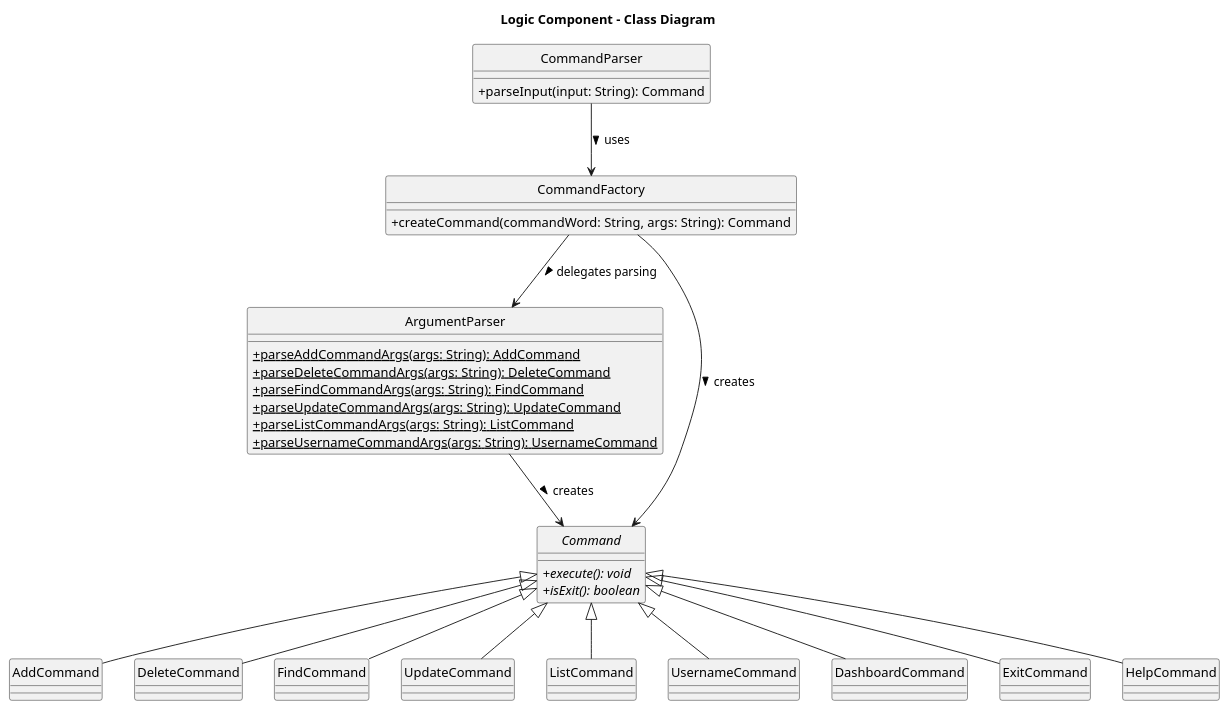
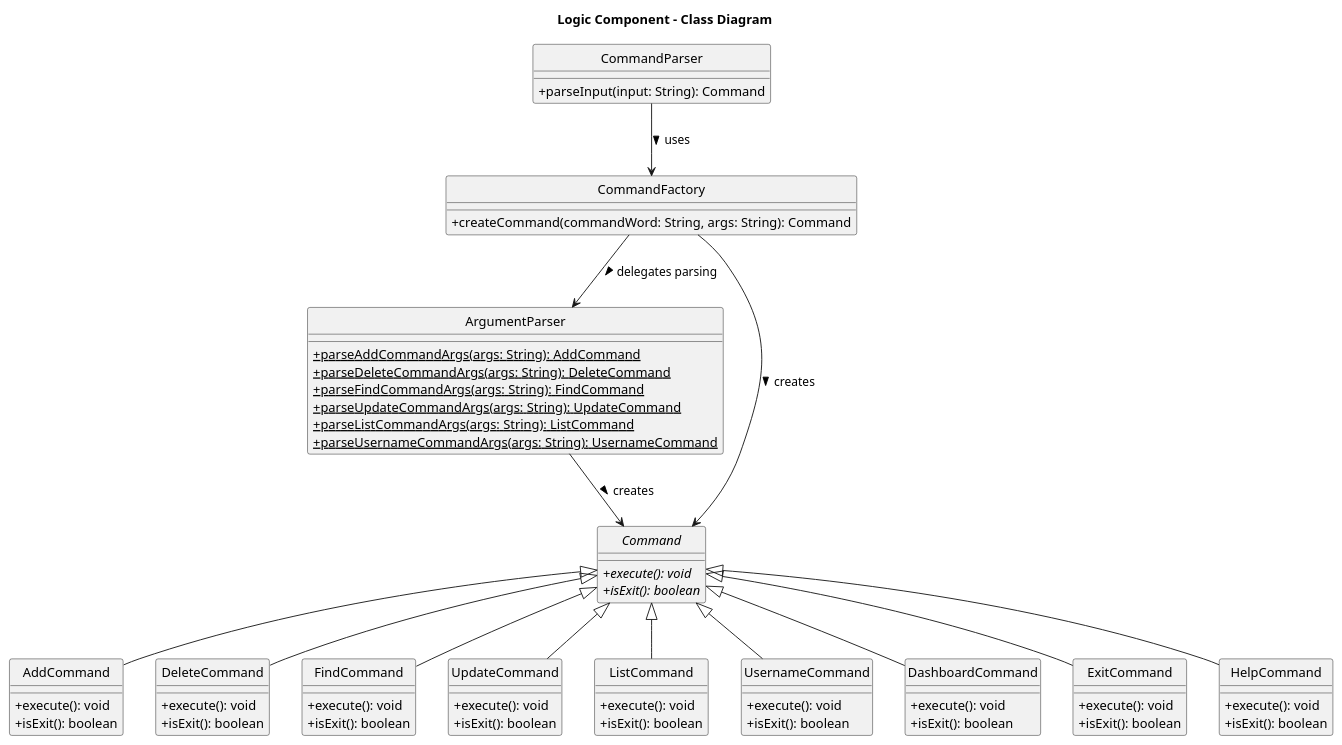
The diagram in docs/diagrams/LogicComponentCD.puml (AY2526S1-CS2113-W14-4/tp), drawn with PlantUML before and after one commit. The commit also changed 1 other file, not shown here.

Commit message:
Fix more UML diagrams

```diff
--- a/docs/diagrams/LogicComponentCD.puml
+++ b/docs/diagrams/LogicComponentCD.puml
@@ -1,52 +1,87 @@
 @startuml
 hide circle
 skinparam classAttributeIconSize 0
 title Logic Component - Class Diagram
 
 class CommandParser {
     + parseInput(input: String): Command
 }
 
 class CommandFactory {
     + createCommand(commandWord: String, args: String): Command
 }
 
 class ArgumentParser {
     + {static} parseAddCommandArgs(args: String): AddCommand
     + {static} parseDeleteCommandArgs(args: String): DeleteCommand
     + {static} parseFindCommandArgs(args: String): FindCommand
     + {static} parseUpdateCommandArgs(args: String): UpdateCommand
     + {static} parseListCommandArgs(args: String): ListCommand
     + {static} parseUsernameCommandArgs(args: String): UsernameCommand
 }
 
 abstract class Command {
     + {abstract} execute(): void
     + {abstract} isExit(): boolean
 }
 
-class AddCommand
+class AddCommand {
+    + execute(): void
+    + isExit(): boolean
+}
 class DeleteCommand
+{
+    + execute(): void
+    + isExit(): boolean
+}
 class FindCommand
+{
+    + execute(): void
+    + isExit(): boolean
+}
 class UpdateCommand
+{
+    + execute(): void
+    + isExit(): boolean
+}
 class ListCommand
+{
+    + execute(): void
+    + isExit(): boolean
+}
 class UsernameCommand
+{
+    + execute(): void
+    + isExit(): boolean
+}
 class DashboardCommand
+{
+    + execute(): void
+    + isExit(): boolean
+}
 class ExitCommand
+{
+    + execute(): void
+    + isExit(): boolean
+}
 class HelpCommand
+{
+    + execute(): void
+    + isExit(): boolean
+}
 
 CommandParser --> CommandFactory : uses >
 CommandFactory --> ArgumentParser : delegates parsing >
 CommandFactory --> Command : creates >
 ArgumentParser --> Command : creates >
 Command <|-- AddCommand
 Command <|-- DeleteCommand
 Command <|-- FindCommand
 Command <|-- UpdateCommand
 Command <|-- ListCommand
 Command <|-- UsernameCommand
 Command <|-- DashboardCommand
 Command <|-- HelpCommand
 Command <|-- ExitCommand
 
 @enduml
```
